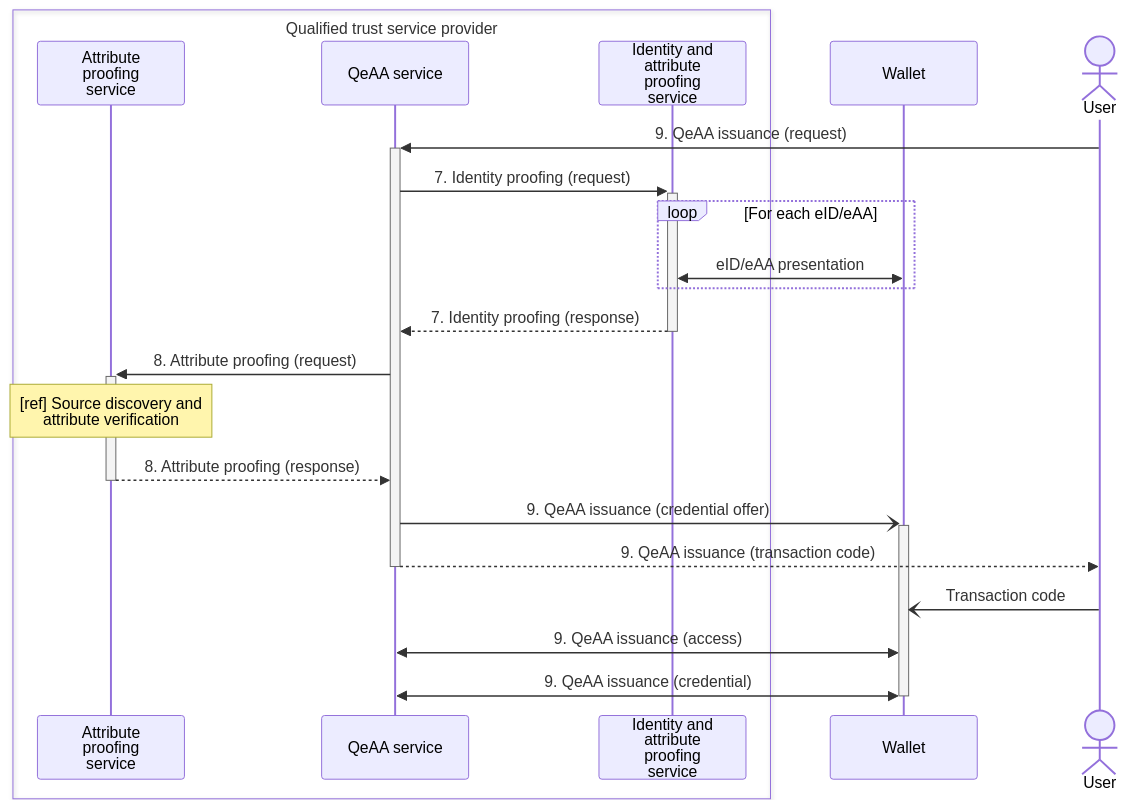
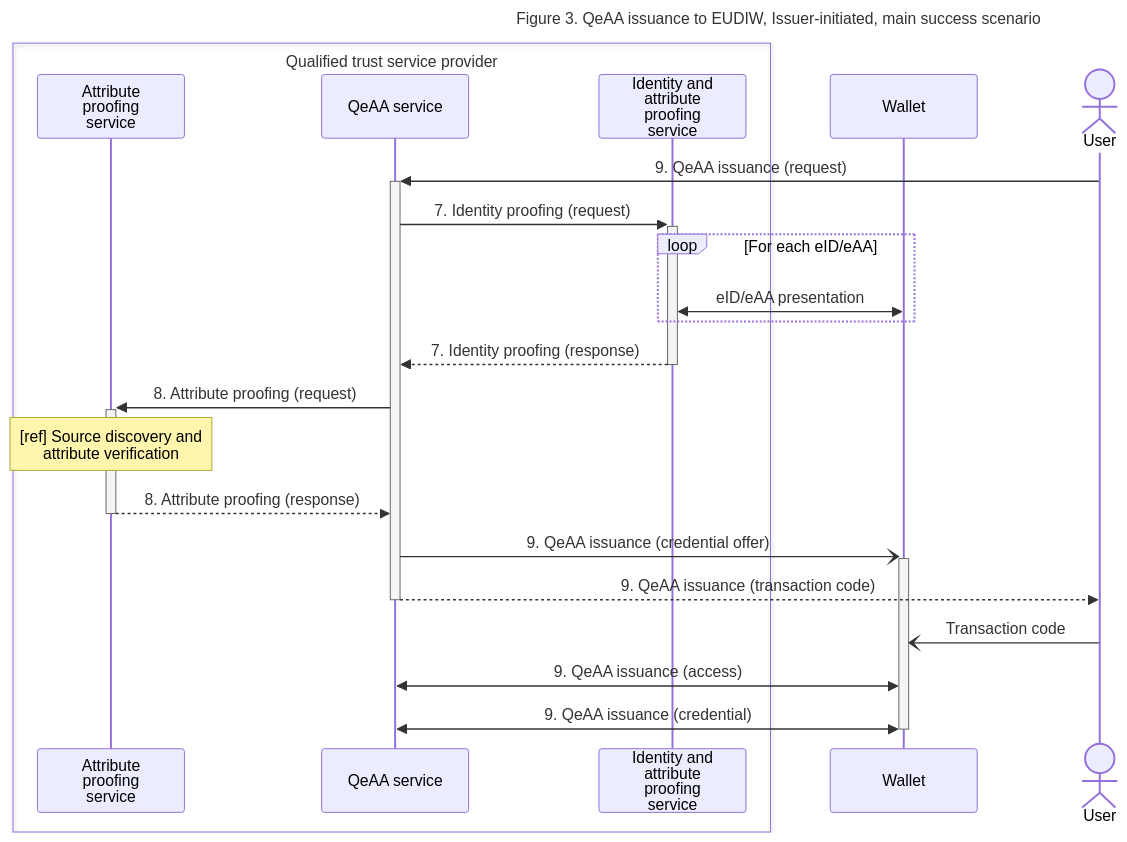
One commit to webuild-consortium/wp4-qtsp-group changed the third of 4 diagrams in docs/qeaa/architecture.md. Above: the diagram before and after it, drawn with Mermaid. The commit also changed other lines of this file, not shown here.

````diff
--- a/docs/qeaa/architecture.md
+++ b/docs/qeaa/architecture.md
@@ -155,24 +161,27 @@
 ```mermaid
+---
+title: Figure 3. QeAA issuance to EUDIW, Issuer-initiated, main success scenario
+---
 sequenceDiagram
 box Qualified trust service provider
     participant APS as Attribute<br>proofing<br>service
     participant EAAS as QeAA service
     participant IPS as Identity and<br>attribute<br>proofing<br>service
 end
 participant Wallet
 actor User
 User ->>+ EAAS : 9. QeAA issuance (request)
 EAAS ->>+ IPS : 7. Identity proofing (request)
 loop For each eID/eAA
     IPS <<->> Wallet : eID/eAA presentation
 end
 IPS -->>- EAAS : 7. Identity proofing (response)
 EAAS ->>+ APS : 8. Attribute proofing (request)
 note over APS : [ref] Source discovery and<br>attribute verification
 APS -->>- EAAS : 8. Attribute proofing (response)
 EAAS -)+ Wallet : 9. QeAA issuance (credential offer)
 EAAS -->>- User : 9. QeAA issuance (transaction code)
 User -) Wallet : Transaction code
 Wallet <<->> EAAS : 9. QeAA issuance (access)
 Wallet <<->>- EAAS : 9. QeAA issuance (credential)
 ```
````
